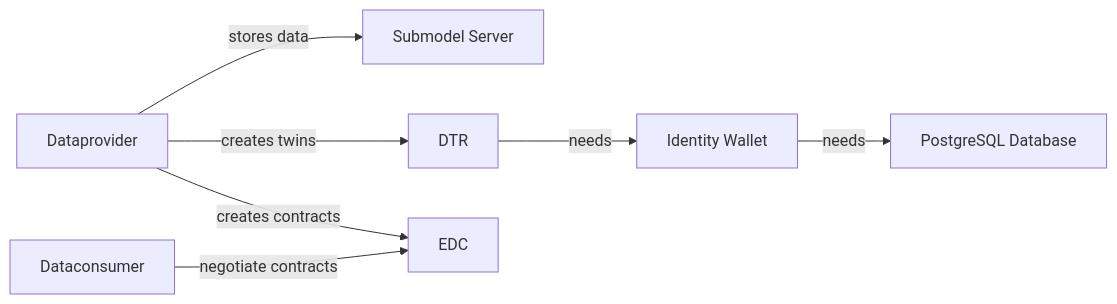
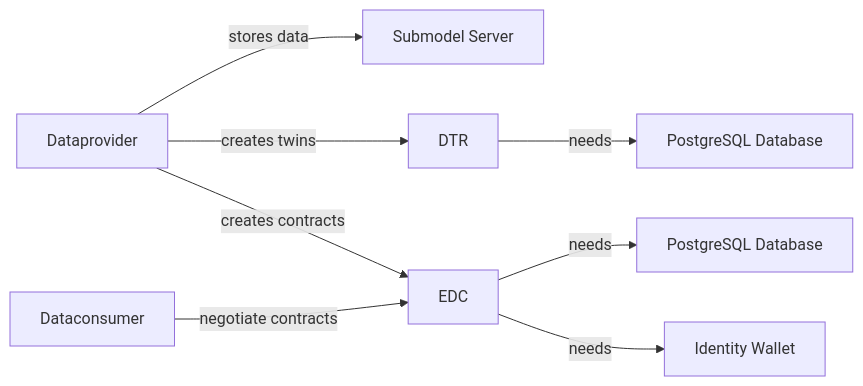
One commit to eclipse-tractusx/tractus-x-umbrella changed the seventh of 7 diagrams in docs/concept/TAP7.1-solution-design.md. Above: the diagram before and after it, drawn with Mermaid. The commit also changed other lines of this file, not shown here.

`````diff
--- a/docs/concept/TAP7.1-solution-design.md
+++ b/docs/concept/TAP7.1-solution-design.md
@@ -381,9 +390,10 @@
 ````mermaid
 flowchart LR
     Dataprovider["Dataprovider"] -->|stores data| SubmodelServer["Submodel Server"]
     Dataprovider -->|creates twins| DTR["DTR"]
     Dataprovider -->|creates contracts| EDC["EDC"]
+    EDC["EDC"] -->|needs| EdcPosgtres["PostgreSQL Database"]
     Dataconsumer["Dataconsumer"] -->|negotiate contracts| EDC
-    DTR -->|needs| IdentityWallet["Identity Wallet"]
-    IdentityWallet -->|needs| Postgres["PostgreSQL Database"]
+    DTR -->|needs| DtrPostgres["PostgreSQL Database"]
+    EDC["EDC"] -->|needs| IdentityWallet["Identity Wallet"]
 ````
`````
